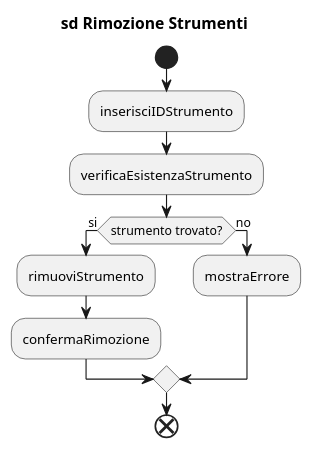
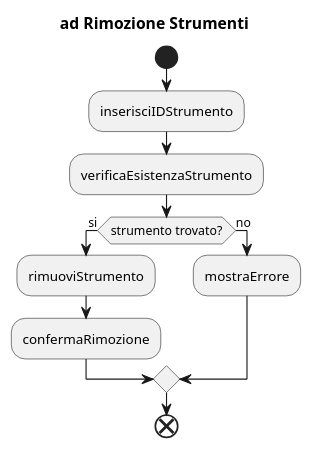
One commit to sprinja/Progetto_Shop_Strumenti_Musicali changed the diagram in uml/Diagrammi di attività/Diagrammadiattivita_RimozioneStrumenti.puml. Above: the diagram before and after it, drawn with PlantUML. The commit also changed 16 other files, not shown here.

```diff
--- a/uml/Diagrammi di attività/Diagrammadiattivita_RimozioneStrumenti.puml
+++ b/uml/Diagrammi di attività/Diagrammadiattivita_RimozioneStrumenti.puml
@@ -1,14 +1,14 @@
 @startuml
-title sd Rimozione Strumenti
+title ad Rimozione Strumenti
 
 start
 :inserisciIDStrumento;
 :verificaEsistenzaStrumento;
 if (strumento trovato?) then (si)
     :rimuoviStrumento;
     :confermaRimozione;
 else (no)
     :mostraErrore;
 endif
 end
 @enduml
```
